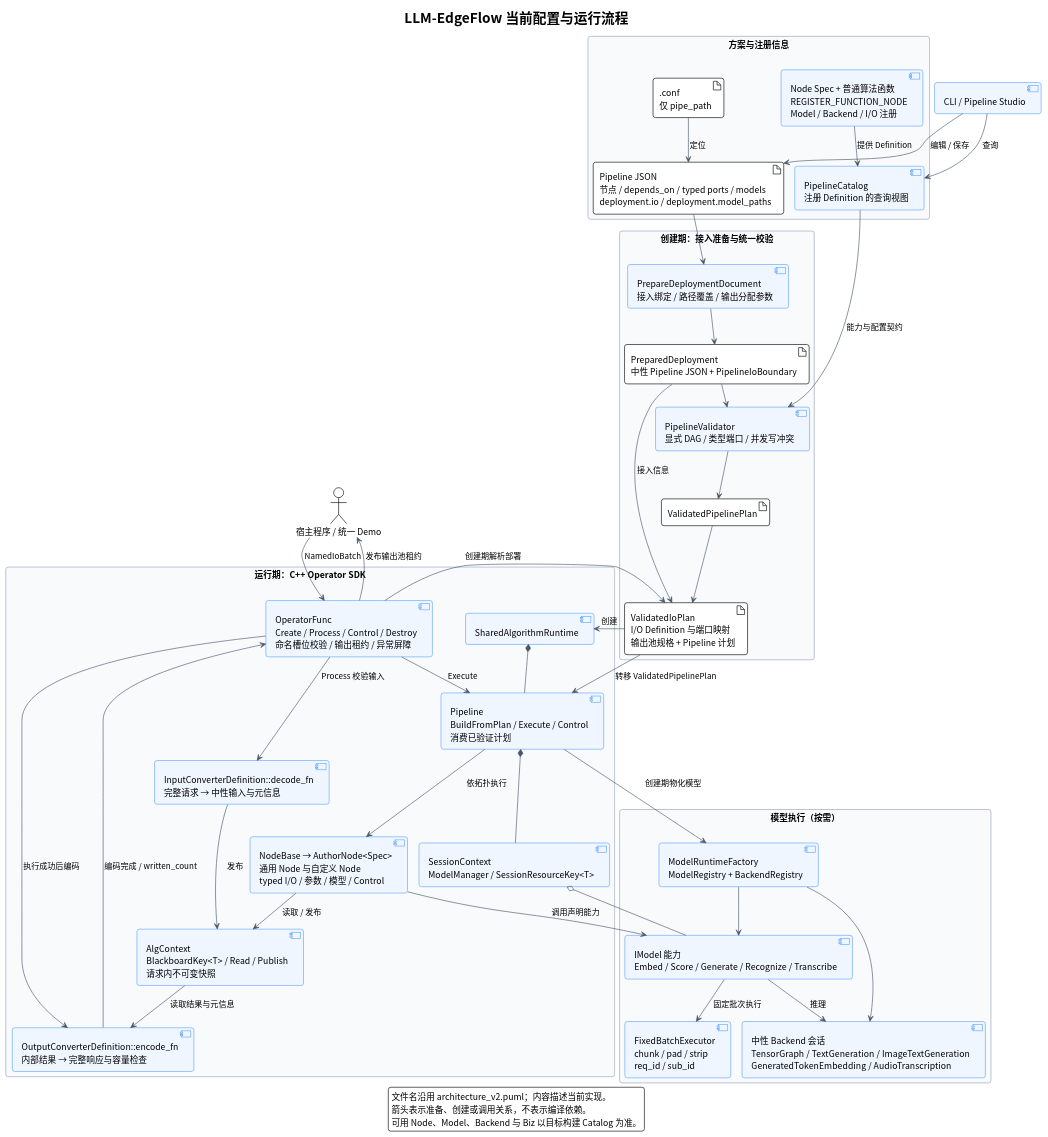
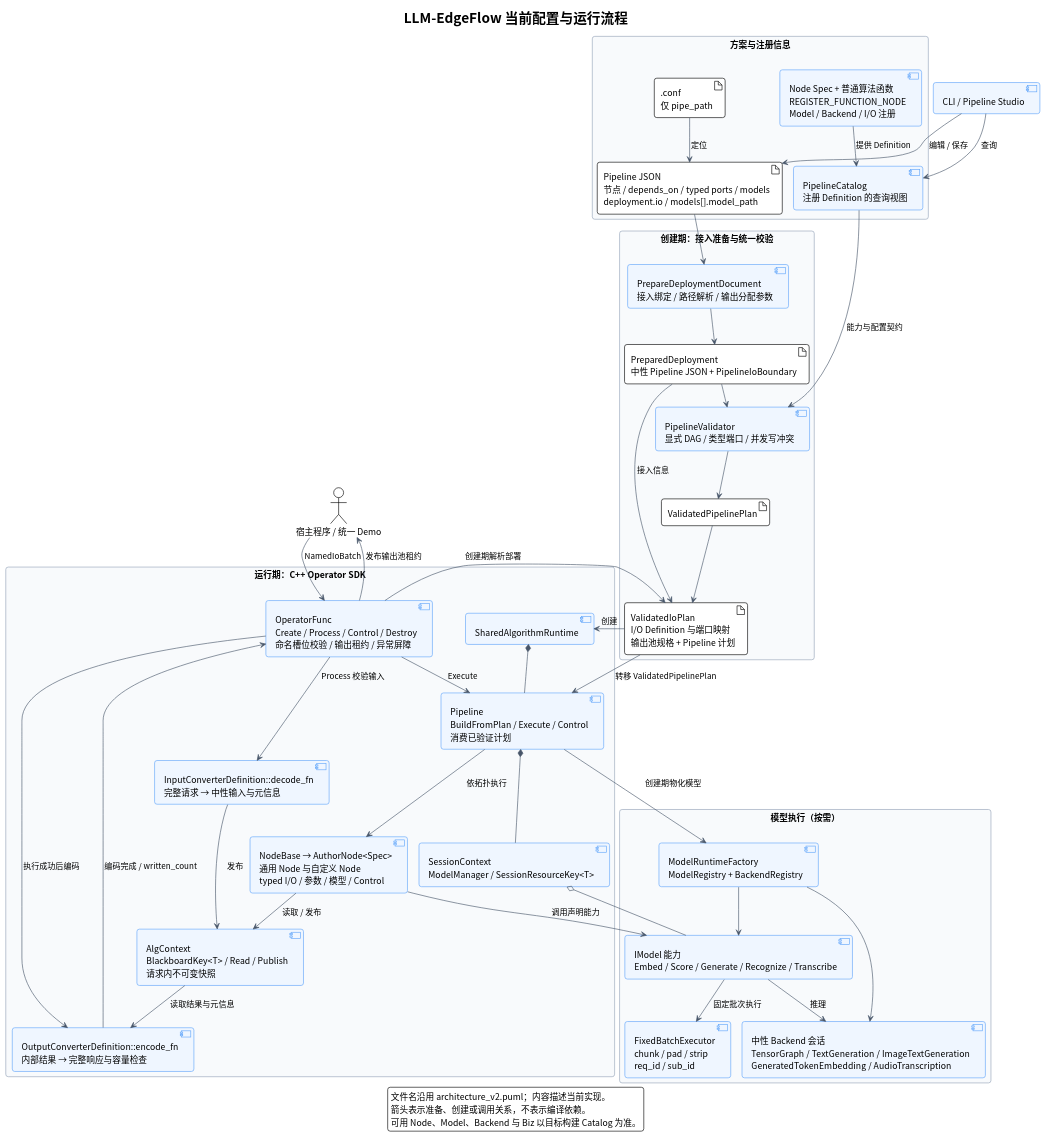
The diagram in doc/architecture_v2.puml (chamsechan/LLM-EdgeFlow), drawn with PlantUML before and after one commit. The commit also changed 68 other files, not shown here.

First line of the commit message:
refactor(config): unify model path single source and remove deployment overrides

```diff
--- a/doc/architecture_v2.puml
+++ b/doc/architecture_v2.puml
@@ -1,91 +1,91 @@
 @startuml LLM_EdgeFlow_Target_Architecture_V2
 !pragma layout smetana
 !theme plain
 skinparam backgroundColor #FFFFFF
 skinparam defaultFontName "Noto Sans CJK SC"
 skinparam shadowing false
 skinparam roundCorner 8
 skinparam packageStyle rectangle
 skinparam ArrowColor #475569
 skinparam packageBackgroundColor #F8FAFC
 skinparam packageBorderColor #94A3B8
 skinparam componentBackgroundColor #EFF6FF
 skinparam componentBorderColor #60A5FA
 
 title LLM-EdgeFlow 当前配置与运行流程
 legend bottom
   文件名沿用 architecture_v2.puml；内容描述当前实现。
   箭头表示准备、创建或调用关系，不表示编译依赖。
   可用 Node、Model、Backend 与 Biz 以目标构建 Catalog 为准。
 endlegend
 
 actor "宿主程序 / 统一 Demo" as Caller
 component "CLI / Pipeline Studio" as Tools
 
 package "方案与注册信息" {
   artifact ".conf\n仅 pipe_path" as Conf
-  artifact "Pipeline JSON\n节点 / depends_on / typed ports / models\ndeployment.io / deployment.model_paths" as Document
+  artifact "Pipeline JSON\n节点 / depends_on / typed ports / models\ndeployment.io / models[].model_path" as Document
   component "PipelineCatalog\n注册 Definition 的查询视图" as Catalog
   component "Node Spec + 普通算法函数\nREGISTER_FUNCTION_NODE\nModel / Backend / I/O 注册" as Definitions
 }
 
 package "创建期：接入准备与统一校验" {
-  component "PrepareDeploymentDocument\n接入绑定 / 路径覆盖 / 输出分配参数" as Prepare
+  component "PrepareDeploymentDocument\n接入绑定 / 路径解析 / 输出分配参数" as Prepare
   artifact "PreparedDeployment\n中性 Pipeline JSON + PipelineIoBoundary" as Prepared
   component "PipelineValidator\n显式 DAG / 类型端口 / 并发写冲突" as Validator
   artifact "ValidatedPipelinePlan" as PipelinePlan
   artifact "ValidatedIoPlan\nI/O Definition 与端口映射\n输出池规格 + Pipeline 计划" as IoPlan
 }
 
 package "运行期：C++ Operator SDK" {
   component "OperatorFunc\nCreate / Process / Control / Destroy\n命名槽位校验 / 输出租约 / 异常屏障" as Operator
   component "SharedAlgorithmRuntime" as Runtime
   component "InputConverterDefinition::decode_fn\n完整请求 → 中性输入与元信息" as Decode
   component "OutputConverterDefinition::encode_fn\n内部结果 → 完整响应与容量检查" as Encode
   component "Pipeline\nBuildFromPlan / Execute / Control\n消费已验证计划" as Pipeline
   component "AlgContext\nBlackboardKey<T> / Read / Publish\n请求内不可变快照" as Context
   component "SessionContext\nModelManager / SessionResourceKey<T>" as Session
   component "NodeBase → AuthorNode<Spec>\n通用 Node 与自定义 Node\ntyped I/O / 参数 / 模型 / Control" as Nodes
 }
 
 package "模型执行（按需）" {
   component "ModelRuntimeFactory\nModelRegistry + BackendRegistry" as Factory
   component "IModel 能力\nEmbed / Score / Generate / Recognize / Transcribe" as Model
   component "中性 Backend 会话\nTensorGraph / TextGeneration / ImageTextGeneration\nGeneratedTokenEmbedding / AudioTranscription" as Backend
   component "FixedBatchExecutor\nchunk / pad / strip\nreq_id / sub_id" as Batch
 }
 
 Tools --> Catalog : 查询
 Definitions --> Catalog : 提供 Definition
 Tools --> Document : 编辑 / 保存
 Conf --> Document : 定位
 Document --> Prepare
 Prepare --> Prepared
 Prepared --> Validator
 Catalog --> Validator : 能力与配置契约
 Validator --> PipelinePlan
 Prepared --> IoPlan : 接入信息
 PipelinePlan --> IoPlan
 Caller --> Operator : NamedIoBatch
 Operator --> IoPlan : 创建期解析部署
 IoPlan --> Runtime : 创建
 Runtime *-- Pipeline
 IoPlan --> Pipeline : 转移 ValidatedPipelinePlan
 Pipeline *-- Session
 Pipeline --> Factory : 创建期物化模型
 Factory --> Model
 Factory --> Backend
 Session o-- Model
 Operator --> Decode : Process 校验输入
 Decode --> Context : 发布
 Operator --> Pipeline : Execute
 Pipeline --> Nodes : 依拓扑执行
 Nodes --> Context : 读取 / 发布
 Nodes --> Model : 调用声明能力
 Model --> Backend : 推理
 Model --> Batch : 固定批次执行
 Operator --> Encode : 执行成功后编码
 Context --> Encode : 读取结果与元信息
 Encode --> Operator : 编码完成 / written_count
 Operator --> Caller : 发布输出池租约
 @enduml
```
